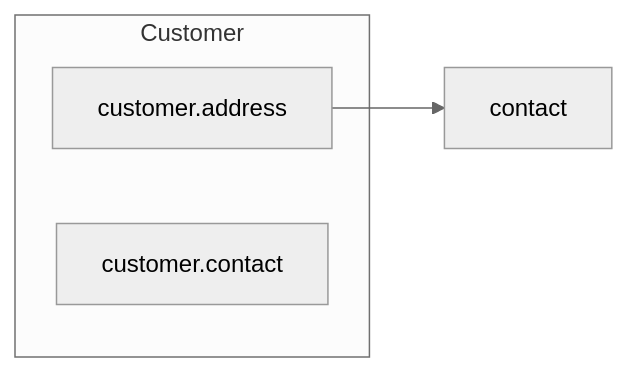
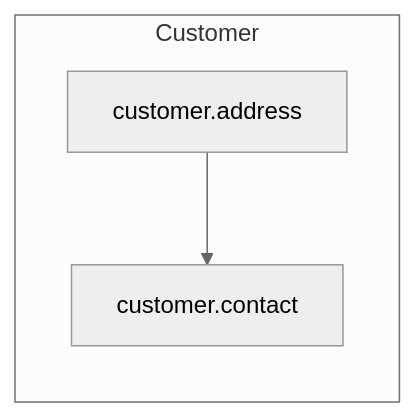
Before and after one commit to andreas-wagner-dev/object-oriented-learning-journey: the second of 4 diagrams in blog/_draft.md, drawn with Mermaid (neutral theme).

````diff
--- a/blog/_draft.md
+++ b/blog/_draft.md
@@ -79,8 +79,8 @@
 ```mermaid
 graph LR
     subgraph Customer
         Address[customer.address]
         Contact[customer.contact]
     end
-    Address --> contact
+    Address --> Contact
 ```
````
